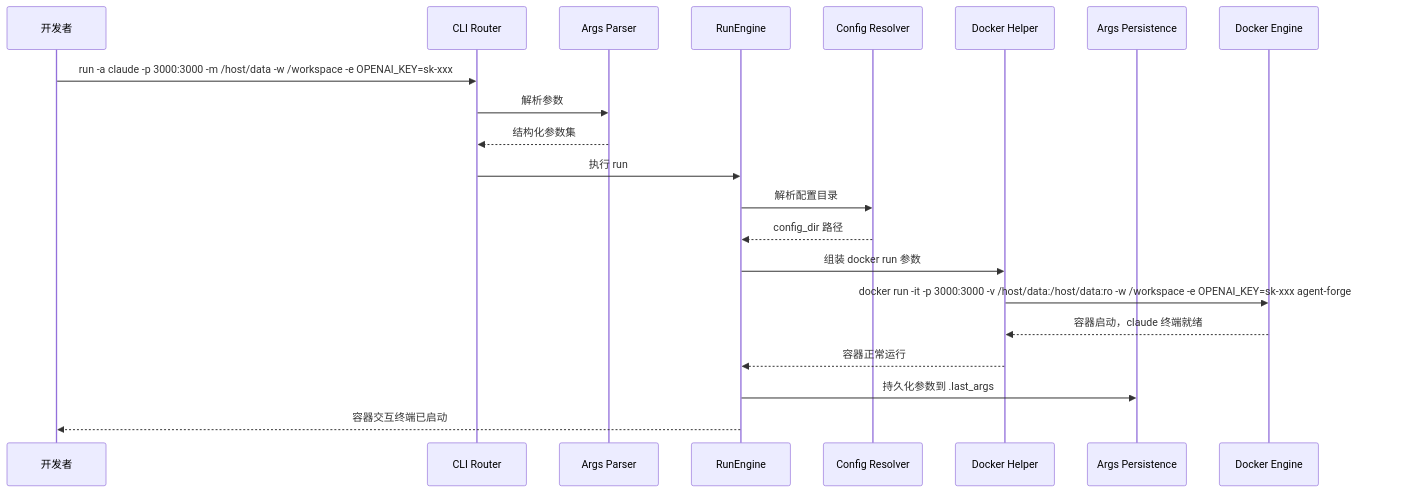
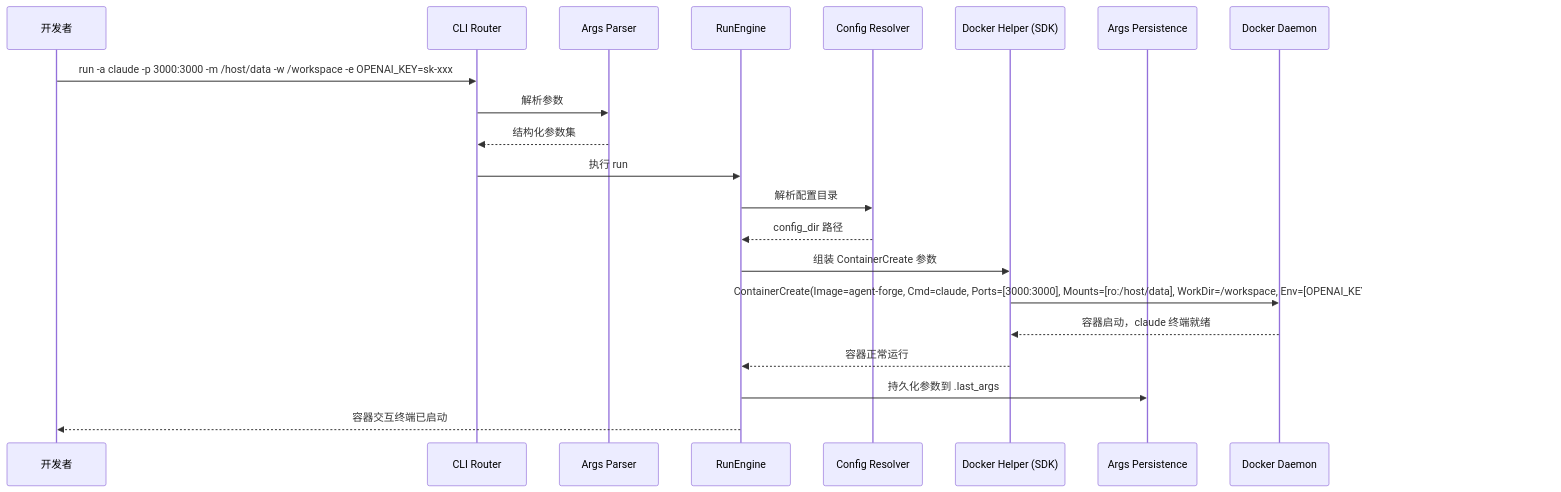
Before and after one commit to bianc2018/AgentForge: the seventh of 23 diagrams in docs/features/agent-forge/design.md, drawn with Mermaid. The commit also changed other lines of this file, not shown here.

First line of the commit message:
refactor: 设计文档 Docker CLI 全面迁移至 Docker SDK

````diff
--- a/docs/features/agent-forge/design.md
+++ b/docs/features/agent-forge/design.md
@@ -738,24 +737,24 @@
 ```mermaid
 sequenceDiagram
     participant Dev as 开发者
     participant CLI as CLI Router
     participant AP as Args Parser
     participant RE as RunEngine
     participant CR as Config Resolver
-    participant DH as Docker Helper
+    participant DH as Docker Helper (SDK)
     participant LA as Args Persistence
-    participant DK as Docker Engine
+    participant DK as Docker Daemon
 
     Dev->>CLI: run -a claude -p 3000:3000 -m /host/data -w /workspace -e OPENAI_KEY=sk-xxx
     CLI->>AP: 解析参数
     AP-->>CLI: 结构化参数集
     CLI->>RE: 执行 run
     RE->>CR: 解析配置目录
     CR-->>RE: config_dir 路径
-    RE->>DH: 组装 docker run 参数
-    DH->>DK: docker run -it -p 3000:3000 -v /host/data:/host/data:ro -w /workspace -e OPENAI_KEY=sk-xxx agent-forge:latest claude
+    RE->>DH: 组装 ContainerCreate 参数
+    DH->>DK: ContainerCreate(Image=agent-forge, Cmd=claude, Ports=[3000:3000], Mounts=[ro:/host/data], WorkDir=/workspace, Env=[OPENAI_KEY=...]) + ContainerStart + ContainerAttach
     DK-->>DH: 容器启动，claude 终端就绪
     DH-->>RE: 容器正常运行
     RE->>LA: 持久化参数到 .last_args
     RE-->>Dev: 容器交互终端已启动
 ```
````
